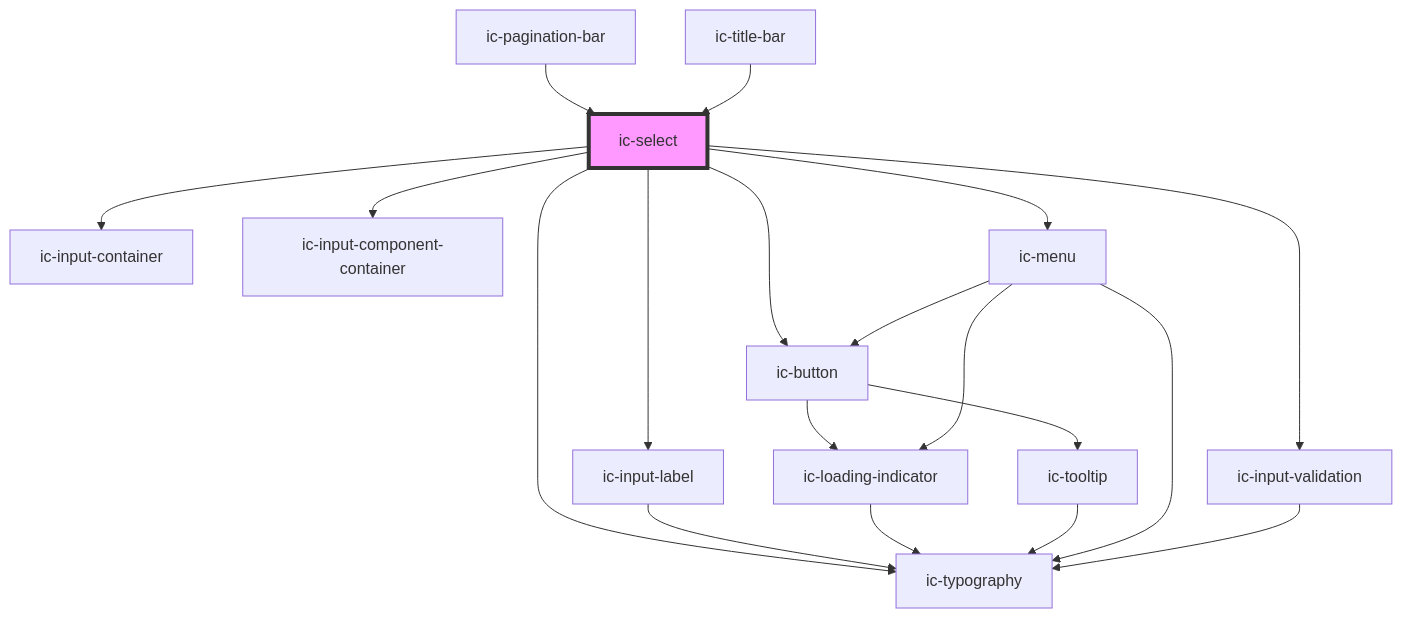
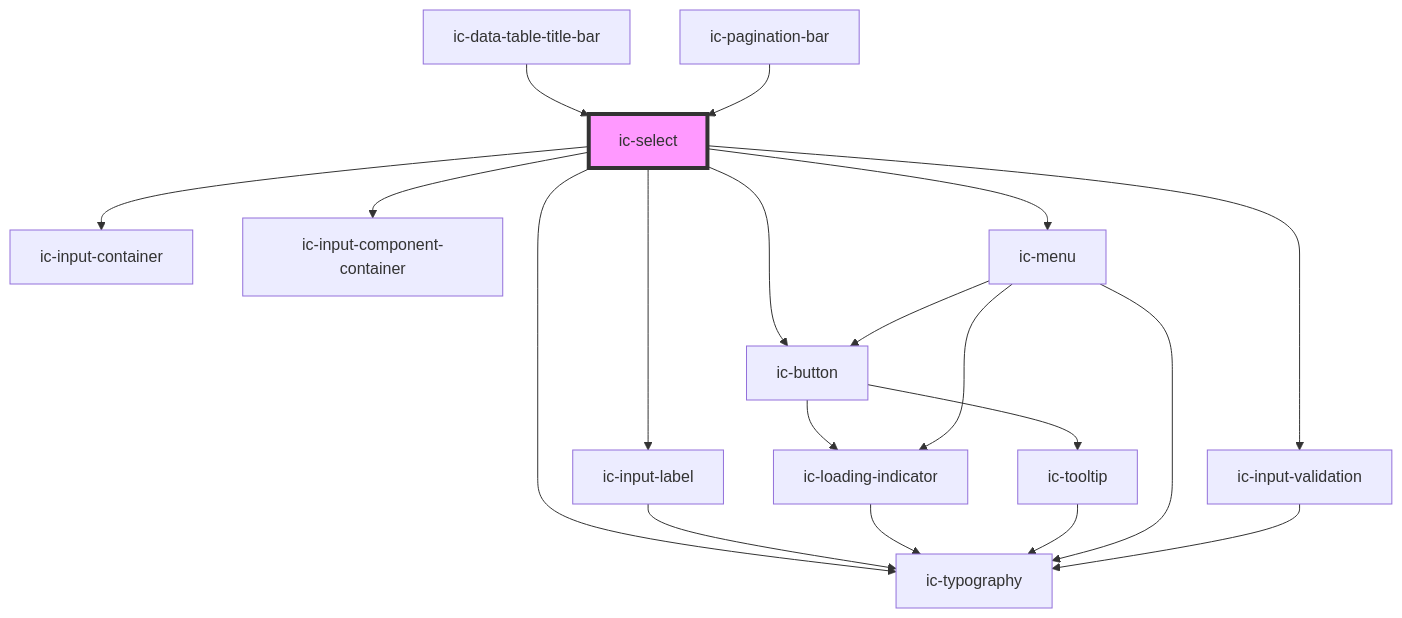
One commit to mi6/ic-ui-kit changed the diagram in packages/web-components/src/components/ic-select/readme.md. Above: the diagram before and after it, drawn with Mermaid. The commit also changed other lines of this file and 36 other files, not shown here.

````diff
--- a/packages/web-components/src/components/ic-select/readme.md
+++ b/packages/web-components/src/components/ic-select/readme.md
@@ -93,22 +93,22 @@
 ```mermaid
 graph TD;
   ic-select --> ic-input-container
   ic-select --> ic-input-label
   ic-select --> ic-input-component-container
   ic-select --> ic-typography
   ic-select --> ic-button
   ic-select --> ic-menu
   ic-select --> ic-input-validation
   ic-input-label --> ic-typography
   ic-button --> ic-loading-indicator
   ic-button --> ic-tooltip
   ic-loading-indicator --> ic-typography
   ic-tooltip --> ic-typography
   ic-menu --> ic-loading-indicator
   ic-menu --> ic-typography
   ic-menu --> ic-button
   ic-input-validation --> ic-typography
+  ic-data-table-title-bar --> ic-select
   ic-pagination-bar --> ic-select
-  ic-title-bar --> ic-select
   style ic-select fill:#f9f,stroke:#333,stroke-width:4px
 ```
````
